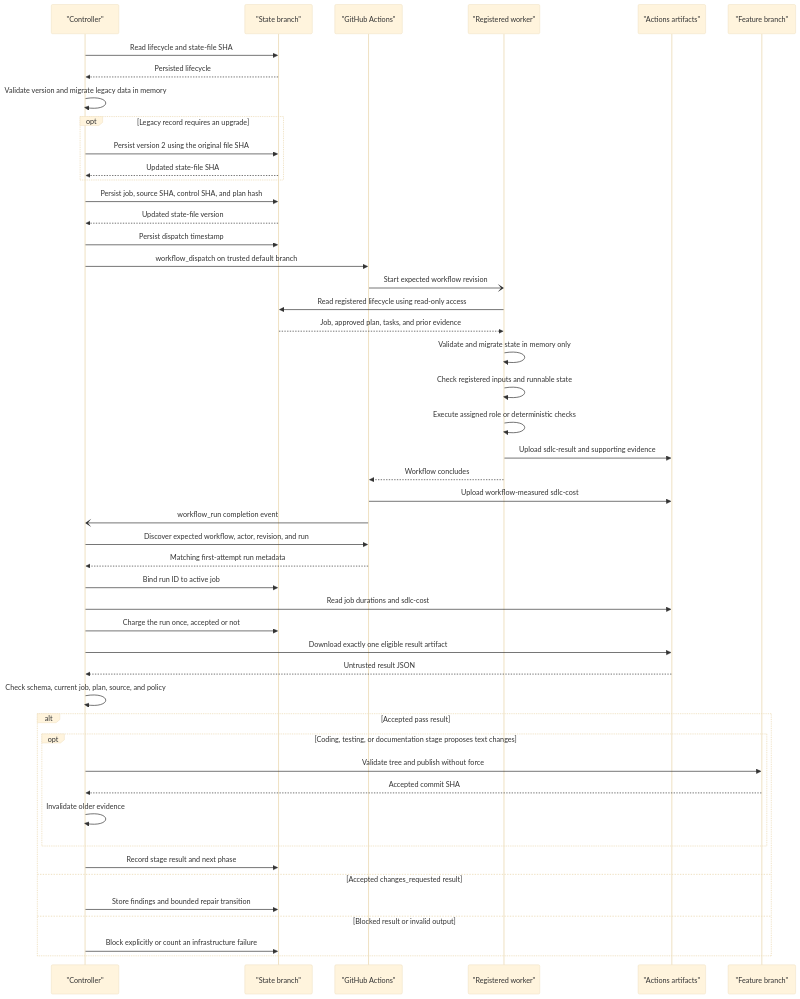
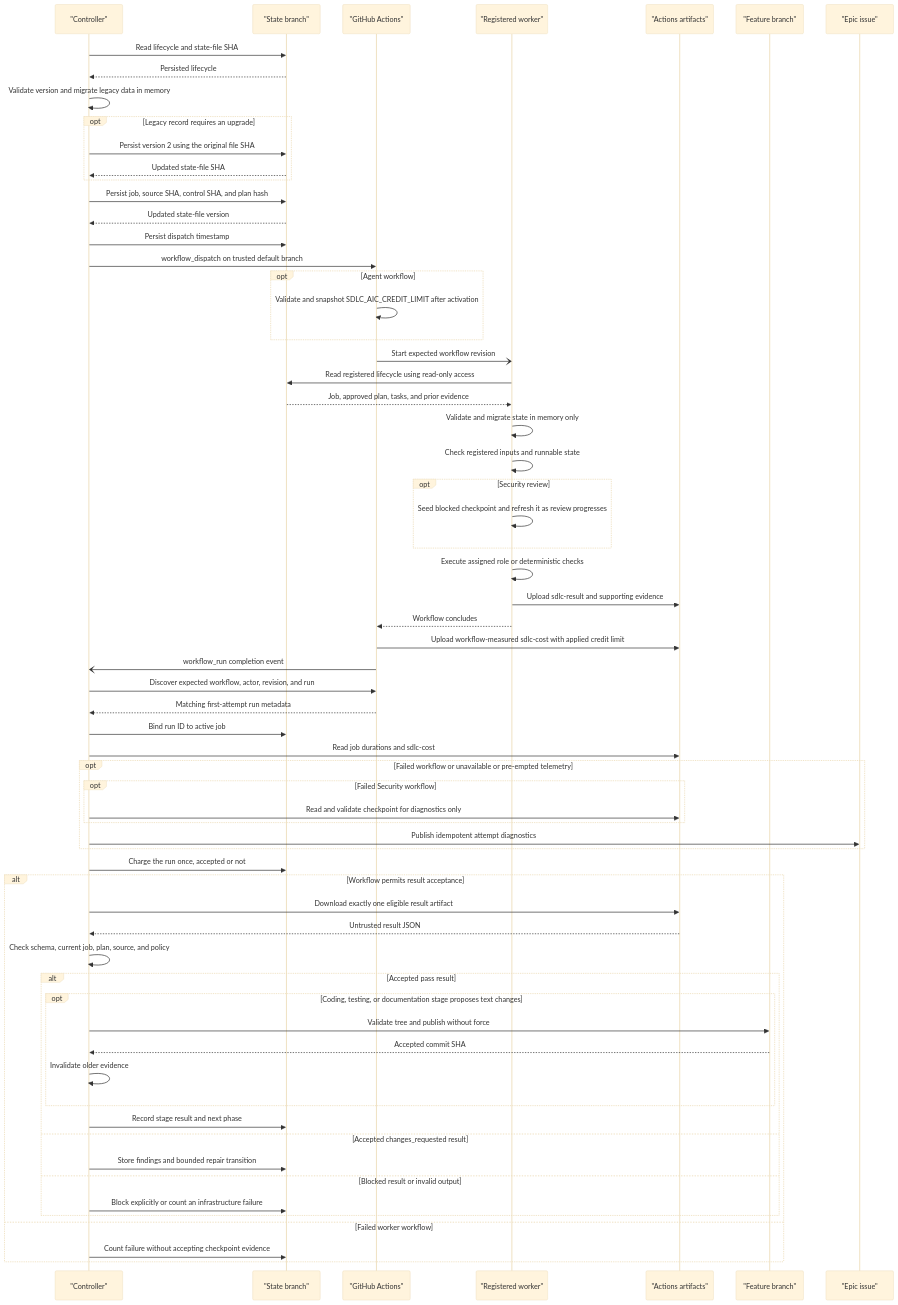
Before and after one commit to dav1dc-cs-test-org/agentic-sdlc-prototype: the fourth of 7 diagrams in docs/architecture.md, drawn with Mermaid (base theme). The commit also changed other lines of this file and 21 other files, not shown here.

Commit message:
enhancements to the custom agent definitions, move MAX-AIC-CREDITS value to repo variable so it can be easily customised

````diff
--- a/docs/architecture.md
+++ b/docs/architecture.md
@@ -281,51 +294,68 @@
 ```mermaid
 sequenceDiagram
   participant HwControl as "Controller"
   participant HwState as "State branch"
   participant HwActions as "GitHub Actions"
   participant HwWorker as "Registered worker"
   participant HwArtifacts as "Actions artifacts"
   participant HwBranch as "Feature branch"
+  participant HwIssue as "Epic issue"
 
   HwControl->>HwState: Read lifecycle and state-file SHA
   HwState-->>HwControl: Persisted lifecycle
   HwControl->>HwControl: Validate version and migrate legacy data in memory
     opt Legacy record requires an upgrade
     HwControl->>HwState: Persist version 2 using the original file SHA
     HwState-->>HwControl: Updated state-file SHA
     end
   HwControl->>HwState: Persist job, source SHA, control SHA, and plan hash
   HwState-->>HwControl: Updated state-file version
   HwControl->>HwState: Persist dispatch timestamp
   HwControl->>HwActions: workflow_dispatch on trusted default branch
+    opt Agent workflow
+    HwActions->>HwActions: Validate and snapshot SDLC_AIC_CREDIT_LIMIT after activation
+    end
   HwActions-)HwWorker: Start expected workflow revision
   HwWorker->>HwState: Read registered lifecycle using read-only access
   HwState-->>HwWorker: Job, approved plan, tasks, and prior evidence
   HwWorker->>HwWorker: Validate and migrate state in memory only
   HwWorker->>HwWorker: Check registered inputs and runnable state
+    opt Security review
+    HwWorker->>HwWorker: Seed blocked checkpoint and refresh it as review progresses
+    end
   HwWorker->>HwWorker: Execute assigned role or deterministic checks
   HwWorker->>HwArtifacts: Upload sdlc-result and supporting evidence
   HwWorker-->>HwActions: Workflow concludes
-  HwActions->>HwArtifacts: Upload workflow-measured sdlc-cost
+  HwActions->>HwArtifacts: Upload workflow-measured sdlc-cost with applied credit limit
   HwActions-)HwControl: workflow_run completion event
   HwControl->>HwActions: Discover expected workflow, actor, revision, and run
   HwActions-->>HwControl: Matching first-attempt run metadata
   HwControl->>HwState: Bind run ID to active job
   HwControl->>HwArtifacts: Read job durations and sdlc-cost
+    opt Failed workflow or unavailable or pre-empted telemetry
+        opt Failed Security workflow
+      HwControl->>HwArtifacts: Read and validate checkpoint for diagnostics only
+        end
+    HwControl->>HwIssue: Publish idempotent attempt diagnostics
+    end
   HwControl->>HwState: Charge the run once, accepted or not
-  HwControl->>HwArtifacts: Download exactly one eligible result artifact
-  HwArtifacts-->>HwControl: Untrusted result JSON
-  HwControl->>HwControl: Check schema, current job, plan, source, and policy
-    alt Accepted pass result
-        opt Coding, testing, or documentation stage proposes text changes
-      HwControl->>HwBranch: Validate tree and publish without force
-      HwBranch-->>HwControl: Accepted commit SHA
-      HwControl->>HwControl: Invalidate older evidence
+    alt Workflow permits result acceptance
+    HwControl->>HwArtifacts: Download exactly one eligible result artifact
+    HwArtifacts-->>HwControl: Untrusted result JSON
+    HwControl->>HwControl: Check schema, current job, plan, source, and policy
+        alt Accepted pass result
+            opt Coding, testing, or documentation stage proposes text changes
+        HwControl->>HwBranch: Validate tree and publish without force
+        HwBranch-->>HwControl: Accepted commit SHA
+        HwControl->>HwControl: Invalidate older evidence
+            end
+        HwControl->>HwState: Record stage result and next phase
+        else Accepted changes_requested result
+        HwControl->>HwState: Store findings and bounded repair transition
+        else Blocked result or invalid output
+        HwControl->>HwState: Block explicitly or count an infrastructure failure
         end
-    HwControl->>HwState: Record stage result and next phase
-    else Accepted changes_requested result
-    HwControl->>HwState: Store findings and bounded repair transition
-    else Blocked result or invalid output
-    HwControl->>HwState: Block explicitly or count an infrastructure failure
+    else Failed worker workflow
+    HwControl->>HwState: Count failure without accepting checkpoint evidence
     end
 ```
````
